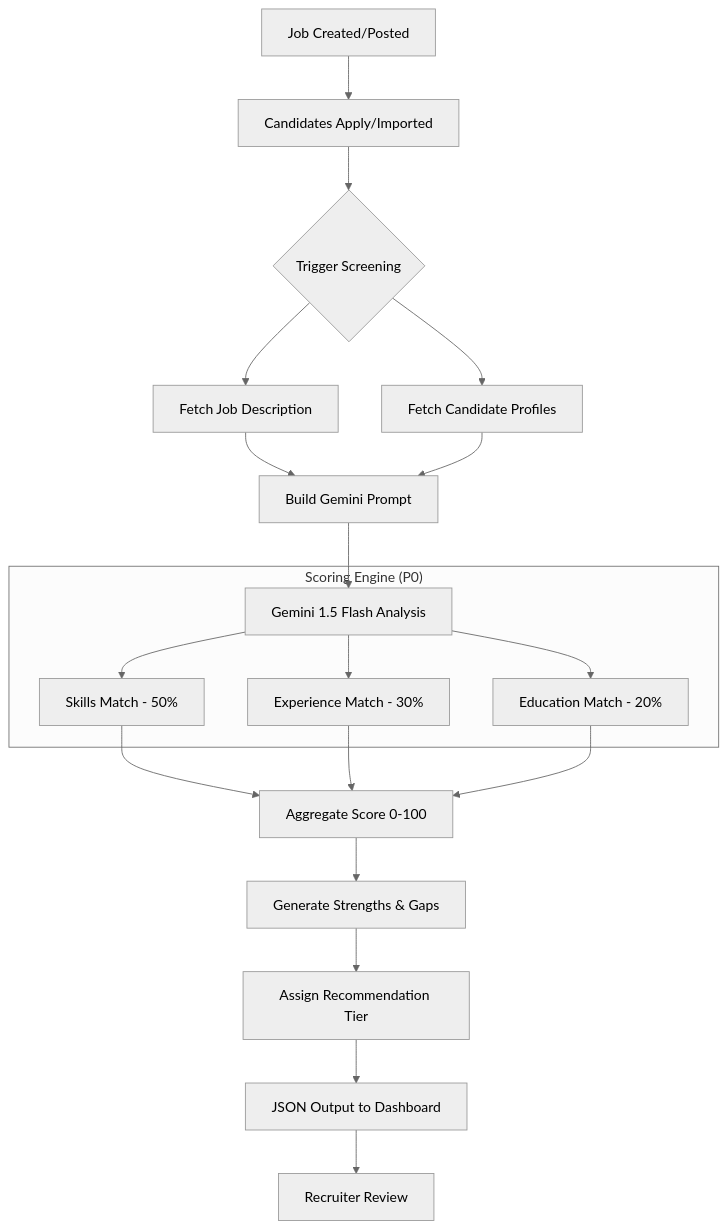
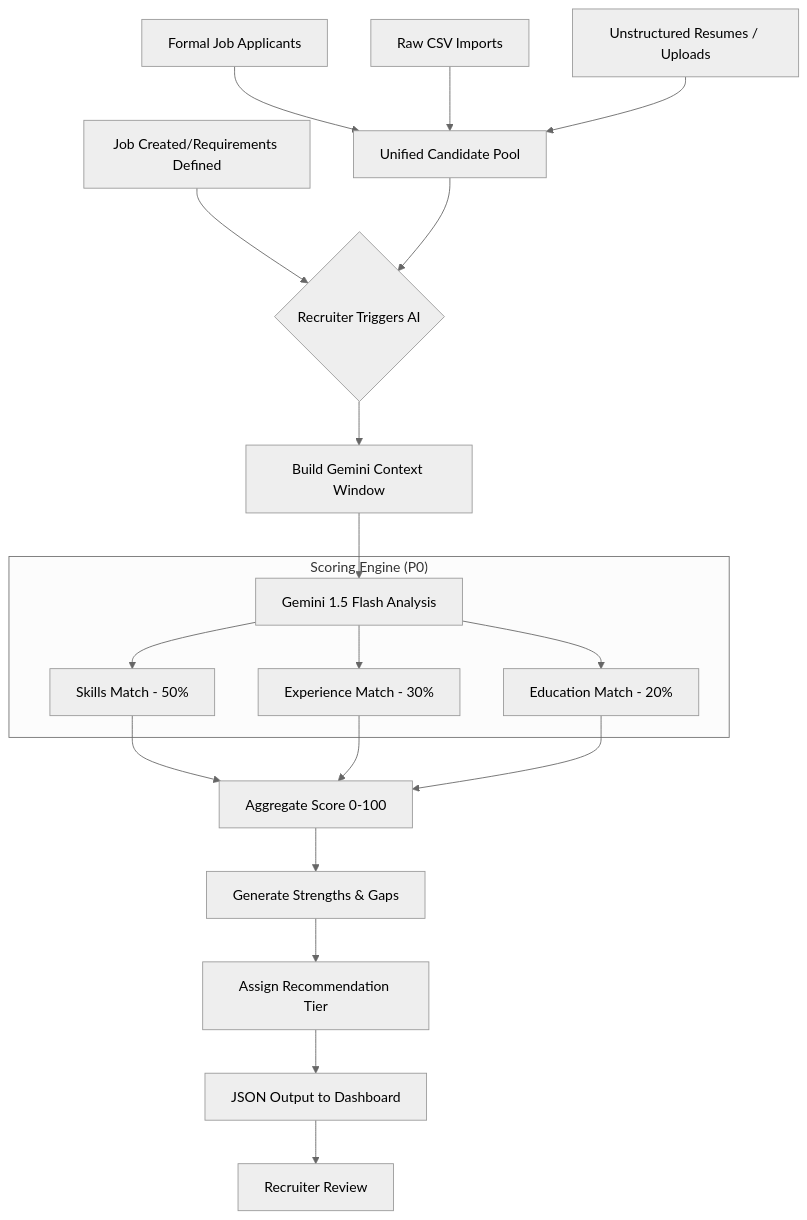
Before and after one commit to shalom-250/umurava: the diagram in docs/AI_DECISION_FLOW.md, drawn with Mermaid (neutral theme). The commit also changed 21 other files, not shown here.

Commit message:
Unified Ranking Merge the structured profiles and parsed resumes into a single ranking list for the job.

````diff
--- a/docs/AI_DECISION_FLOW.md
+++ b/docs/AI_DECISION_FLOW.md
@@ -5,23 +5,26 @@
 ```mermaid
 graph TD
-    A[Job Created/Posted] --> B[Candidates Apply/Imported]
-    B --> C{Trigger Screening}
-    C --> D[Fetch Job Description]
-    C --> E[Fetch Candidate Profiles]
-    D --> F[Build Gemini Prompt]
-    E --> F
+    A[Job Created/Requirements Defined] --> Trigger{Recruiter Triggers AI}
+    
+    B1[Formal Job Applicants] --> Pool[Unified Candidate Pool]
+    B2[Raw CSV Imports] --> Pool
+    B3[Unstructured Resumes / Uploads] --> Pool
+    
+    Pool --> Trigger
+    
+    Trigger --> F[Build Gemini Context Window]
     F --> G[Gemini 1.5 Flash Analysis]
     
     subgraph "Scoring Engine (P0)"
     G --> H[Skills Match - 50%]
     G --> I[Experience Match - 30%]
     G --> J[Education Match - 20%]
     end
     
     H & I & J --> K[Aggregate Score 0-100]
     K --> L[Generate Strengths & Gaps]
     L --> M[Assign Recommendation Tier]
     M --> N[JSON Output to Dashboard]
     
     N --> O[Recruiter Review]
 ```
````
